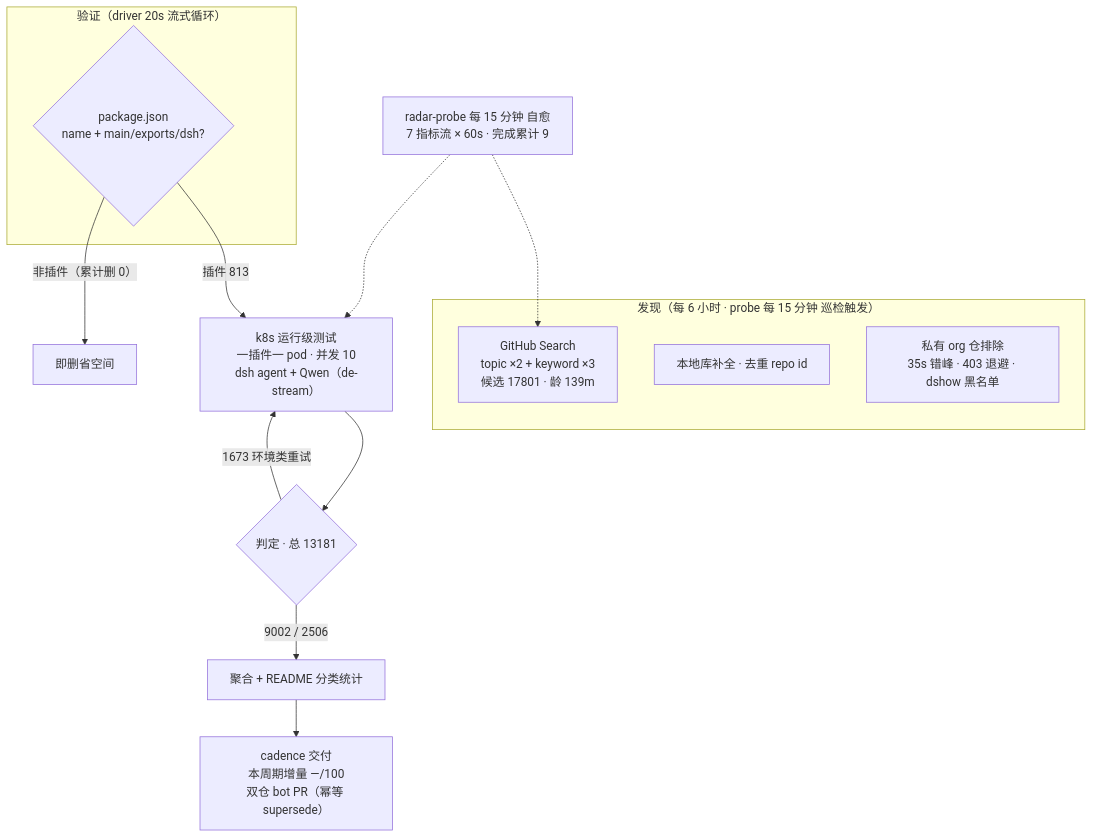
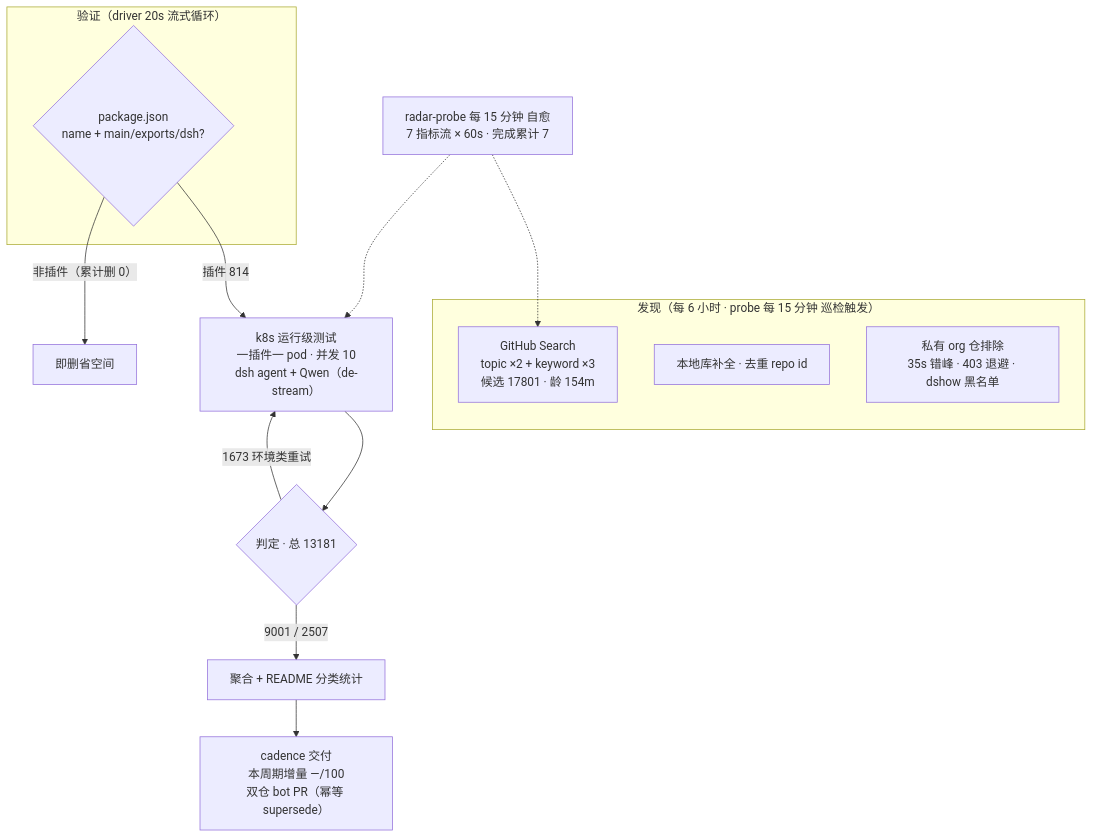
The diagram in README.md (AdamPlatin123/awesome-dsh-plugins), drawn with Mermaid before and after one commit. The commit also changed other lines of this file and 5 other files, not shown here.

````diff
--- a/README.md
+++ b/README.md
@@ -52,20 +52,20 @@
 ```mermaid
 flowchart TB
     subgraph Discovery["发现（每 6 小时 · probe 每 15 分钟 巡检触发）"]
-        A1["GitHub Search<br/>topic ×2 + keyword ×3<br/>候选 17801 · 龄 139m"]
+        A1["GitHub Search<br/>topic ×2 + keyword ×3<br/>候选 17801 · 龄 154m"]
         A2["本地库补全 · 去重 repo id"]
         A3["私有 org 仓排除<br/>35s 错峰 · 403 退避 · dshow 黑名单"]
     end
     subgraph Validation["验证（driver 20s 流式循环）"]
         B1{"package.json<br/>name + main/exports/dsh?"}
     end
-    B1 -->|"插件 813"| C1["k8s 运行级测试<br/>一插件一 pod · 并发 10<br/>dsh agent + Qwen（de-stream）"]
+    B1 -->|"插件 814"| C1["k8s 运行级测试<br/>一插件一 pod · 并发 10<br/>dsh agent + Qwen（de-stream）"]
     B1 -->|"非插件（累计删 0）"| B3["即删省空间"]
     C1 --> D1{"判定 · 总 13181"}
-    D1 -->|"9002 / 2506"| E1["聚合 + README 分类统计"]
+    D1 -->|"9001 / 2507"| E1["聚合 + README 分类统计"]
     D1 -->|"1673 环境类重试"| C1
     E1 --> E2["cadence 交付<br/>本周期增量 —/100<br/>双仓 bot PR（幂等 supersede）"]
-    M["radar-probe 每 15 分钟 自愈<br/>7 指标流 × 60s · 完成累计 9"]
+    M["radar-probe 每 15 分钟 自愈<br/>7 指标流 × 60s · 完成累计 7"]
     M -.-> A1
     M -.-> C1
 ```
````
